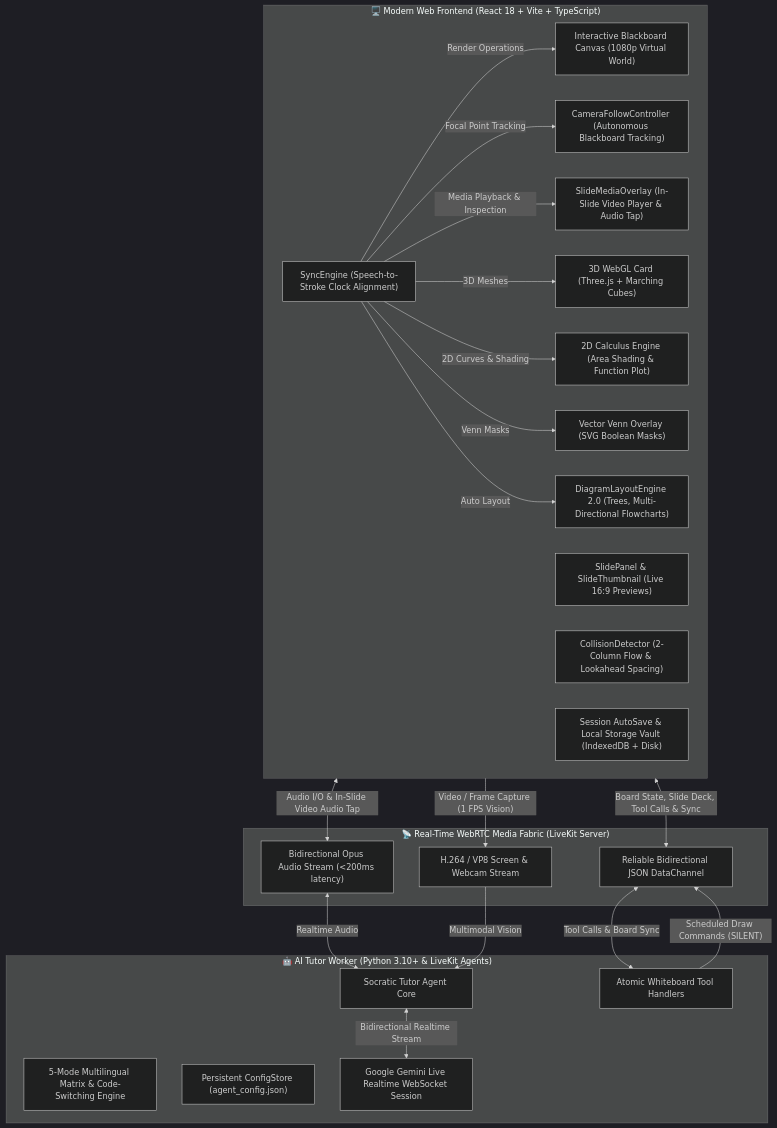
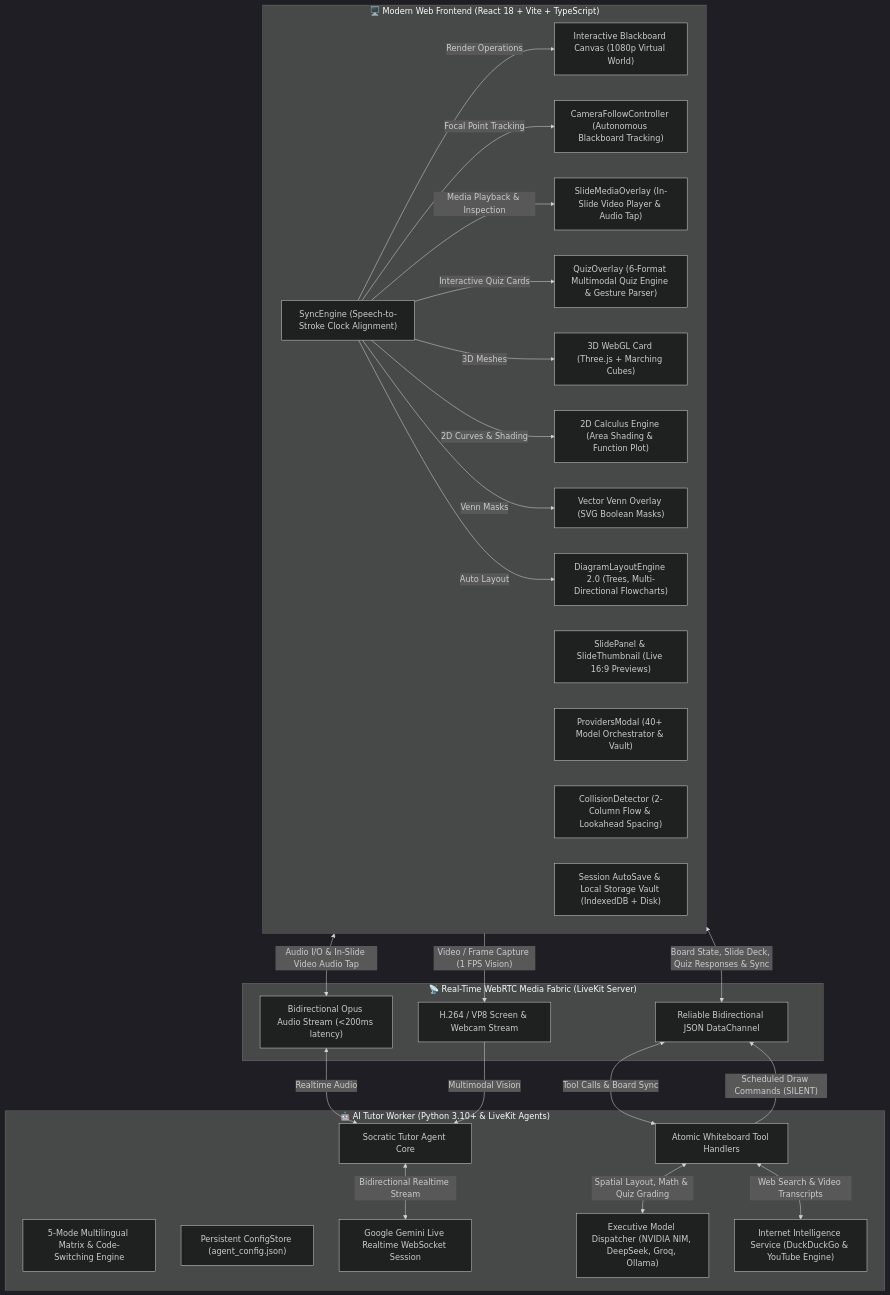
The diagram in README.md (MONaser04/Zyren-AI-Tutor), drawn with Mermaid (dark theme) before and after one commit. The commit also changed other lines of this file and 39 other files, not shown here.

First line of the commit message:
feat: Add Executive Model Hub (40+ providers), multimodal quizzes, YouTube co-learning, tree diagram 2.0, and 188 passing tests

````diff
--- a/README.md
+++ b/README.md
@@ -43,48 +47,55 @@
 ```mermaid
 flowchart TB
     subgraph Client ["🖥️ Modern Web Frontend (React 18 + Vite + TypeScript)"]
         UI["Interactive Blackboard Canvas (1080p Virtual World)"]
         CamCtrl["CameraFollowController (Autonomous Blackboard Tracking)"]
         MediaLayer["SlideMediaOverlay (In-Slide Video Player & Audio Tap)"]
+        QuizLayer["QuizOverlay (6-Format Multimodal Quiz Engine & Gesture Parser)"]
         ThumbStrip["SlidePanel & SlideThumbnail (Live 16:9 Previews)"]
+        ProviderHub["ProvidersModal (40+ Model Orchestrator & Vault)"]
         GLOverlay["3D WebGL Card (Three.js + Marching Cubes)"]
         GraphOverlay["2D Calculus Engine (Area Shading & Function Plot)"]
         VennEngine["Vector Venn Overlay (SVG Boolean Masks)"]
         DiagramEngine["DiagramLayoutEngine 2.0 (Trees, Multi-Directional Flowcharts)"]
         CollisionEng["CollisionDetector (2-Column Flow & Lookahead Spacing)"]
         SyncEngine["SyncEngine (Speech-to-Stroke Clock Alignment)"]
         VaultClient["Session AutoSave & Local Storage Vault (IndexedDB + Disk)"]
     end
 
     subgraph Transport ["📡 Real-Time WebRTC Media Fabric (LiveKit Server)"]
         AudioTrack["Bidirectional Opus Audio Stream (<200ms latency)"]
         VideoTrack["H.264 / VP8 Screen & Webcam Stream"]
         DataChannel["Reliable Bidirectional JSON DataChannel"]
     end
 
     subgraph Agent ["🤖 AI Tutor Worker (Python 3.10+ & LiveKit Agents)"]
         TutorCore["Socratic Tutor Agent Core"]
         PromptEngine["5-Mode Multilingual Matrix & Code-Switching Engine"]
         ConfigStore["Persistent ConfigStore (agent_config.json)"]
         ToolExecutor["Atomic Whiteboard Tool Handlers"]
         GeminiWS["Google Gemini Live Realtime WebSocket Session"]
+        ExecutiveDisp["Executive Model Dispatcher (NVIDIA NIM, DeepSeek, Groq, Ollama)"]
+        InternetSvc["Internet Intelligence Service (DuckDuckGo & YouTube Engine)"]
     end
 
     Client <-->|"Audio I/O & In-Slide Video Audio Tap"| AudioTrack
     Client -->|"Video / Frame Capture (1 FPS Vision)"| VideoTrack
-    Client <-->|"Board State, Slide Deck, Tool Calls & Sync"| DataChannel
+    Client <-->|"Board State, Slide Deck, Quiz Responses & Sync"| DataChannel
 
     AudioTrack <-->|"Realtime Audio"| TutorCore
     VideoTrack -->|"Multimodal Vision"| TutorCore
     DataChannel <-->|"Tool Calls & Board Sync"| ToolExecutor
 
     TutorCore <-->|"Bidirectional Realtime Stream"| GeminiWS
+    ToolExecutor <-->|"Spatial Layout, Math & Quiz Grading"| ExecutiveDisp
+    ToolExecutor <-->|"Web Search & Video Transcripts"| InternetSvc
     ToolExecutor -->|"Scheduled Draw Commands (SILENT)"| DataChannel
     SyncEngine -->|"Render Operations"| UI
     SyncEngine -->|"Focal Point Tracking"| CamCtrl
     SyncEngine -->|"Media Playback & Inspection"| MediaLayer
+    SyncEngine -->|"Interactive Quiz Cards"| QuizLayer
     SyncEngine -->|"3D Meshes"| GLOverlay
     SyncEngine -->|"2D Curves & Shading"| GraphOverlay
     SyncEngine -->|"Venn Masks"| VennEngine
     SyncEngine -->|"Auto Layout"| DiagramEngine
 ```
````
